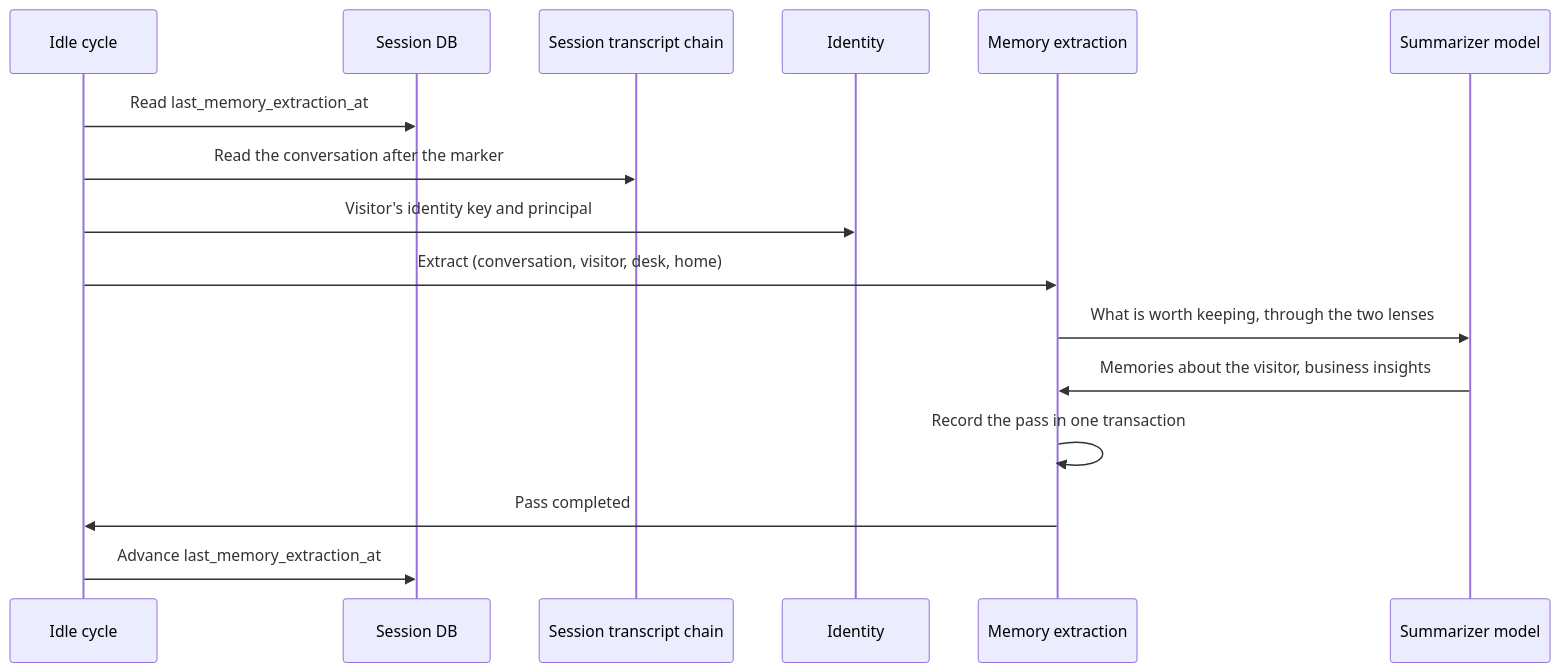
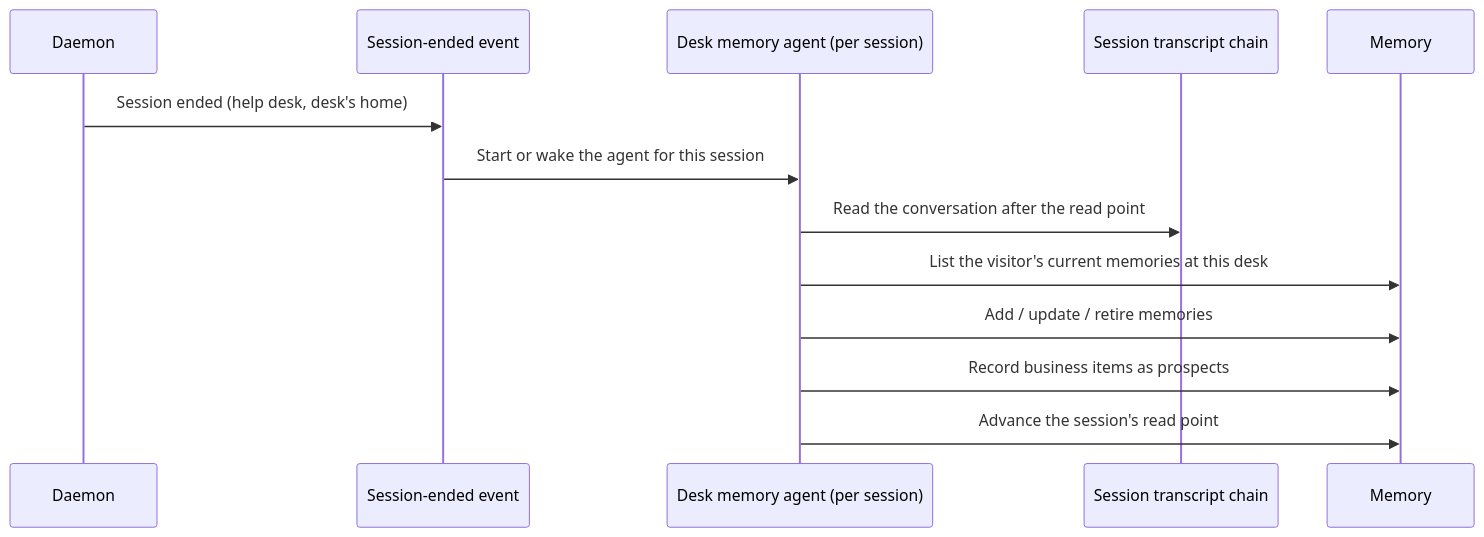
One commit to InstruktAI/TeleClaude changed the ninth of 15 diagrams in docs/local/design/architecture/help-desk-platform.md. Above: the diagram before and after it, drawn with Mermaid. The commit also changed other lines of this file and 6 other files, not shown here.

First line of the commit message:
docs(memory): conversation continuity through procedure memory agents on session end [skip ci]

````diff
--- a/docs/local/design/architecture/help-desk-platform.md
+++ b/docs/local/design/architecture/help-desk-platform.md
@@ -728,19 +726,16 @@
 ```mermaid
 sequenceDiagram
-    participant Cycle as Idle cycle
-    participant DB as Session DB
+    participant Daemon
+    participant Events as Session-ended event
+    participant Agent as Desk memory agent (per session)
     participant Transcript as Session transcript chain
-    participant Identity as Identity
-    participant Memory as Memory extraction
-    participant Model as Summarizer model
+    participant Memory as Memory
 
-    Cycle->>DB: Read last_memory_extraction_at
-    Cycle->>Transcript: Read the conversation after the marker
-    Cycle->>Identity: Visitor's identity key and principal
-    Cycle->>Memory: Extract (conversation, visitor, desk, home)
-    Memory->>Model: What is worth keeping, through the two lenses
-    Model->>Memory: Memories about the visitor, business insights
-    Memory->>Memory: Record the pass in one transaction
-    Memory->>Cycle: Pass completed
-    Cycle->>DB: Advance last_memory_extraction_at
+    Daemon->>Events: Session ended (help desk, desk's home)
+    Events->>Agent: Start or wake the agent for this session
+    Agent->>Transcript: Read the conversation after the read point
+    Agent->>Memory: List the visitor's current memories at this desk
+    Agent->>Memory: Add / update / retire memories
+    Agent->>Memory: Record business items as prospects
+    Agent->>Memory: Advance the session's read point
 ```
````
